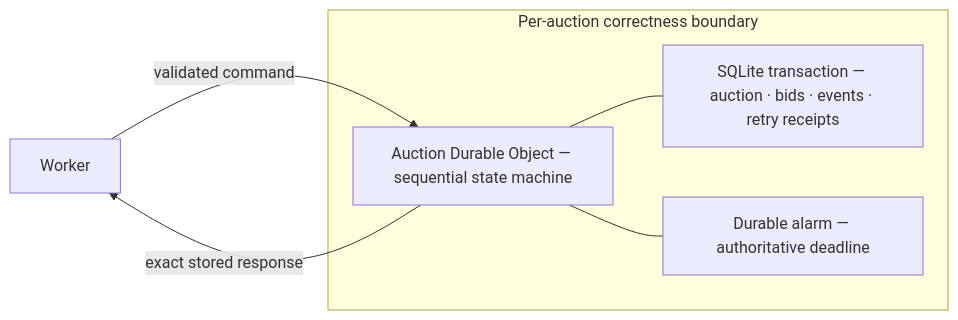
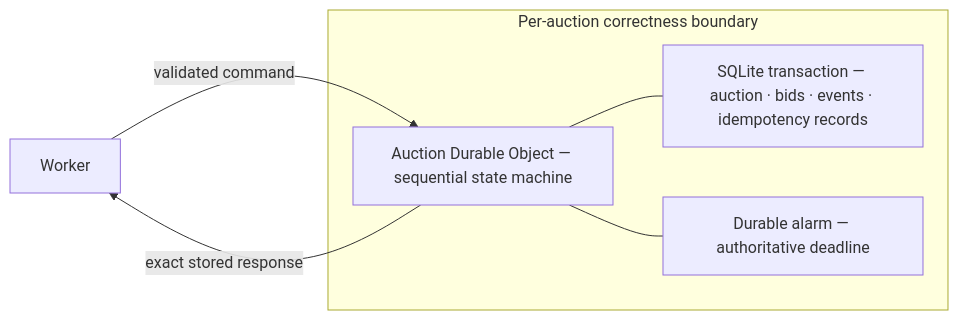
Before and after one commit to aranlucas/live-auction: the third of 12 diagrams in SYSTEM_DESIGN.md, drawn with Mermaid. The commit also changed other lines of this file and 8 other files, not shown here.

Commit message:
refactor: name idempotency records explicitly

````diff
--- a/SYSTEM_DESIGN.md
+++ b/SYSTEM_DESIGN.md
@@ -202,15 +203,15 @@
 ```mermaid
 flowchart LR
     Worker[Worker]
 
     subgraph Boundary[Per-auction correctness boundary]
         Auction["Auction Durable Object — sequential state machine"]
-        SQLite["SQLite transaction — auction · bids · events · retry receipts"]
+        SQLite["SQLite transaction — auction · bids · events · idempotency records"]
         Alarm["Durable alarm — authoritative deadline"]
         Auction --- SQLite
         Auction --- Alarm
     end
 
     Worker -->|validated command| Auction
     Auction -->|exact stored response| Worker
 ```
````
